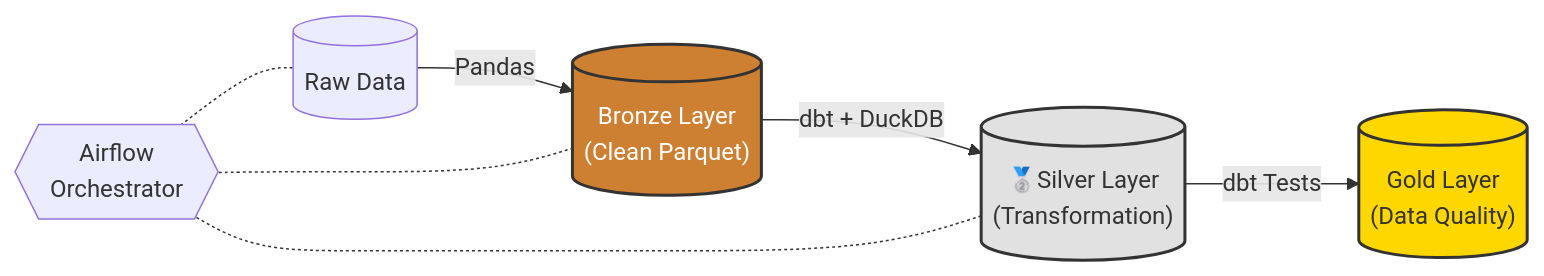
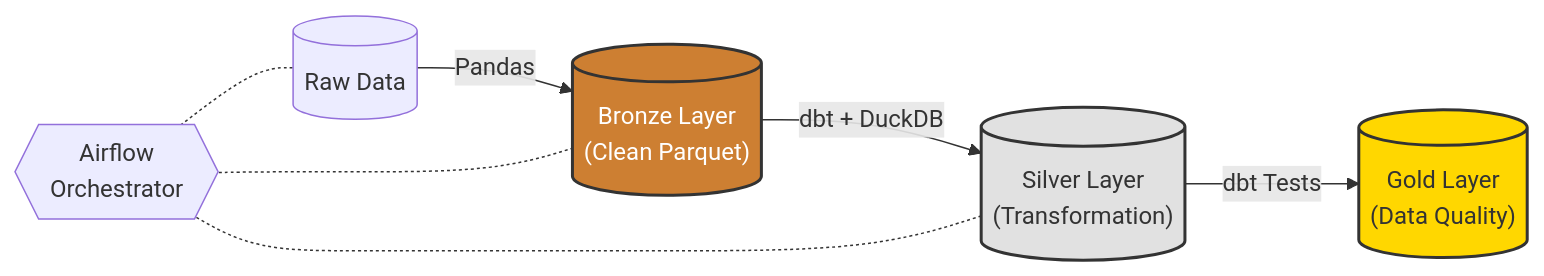
One commit to GonzaloParedes/examen_ing_de_sw_n_data_final changed the diagram in Entrega.md. Above: the diagram before and after it, drawn with Mermaid. The commit also changed other lines of this file, not shown here.

````diff
--- a/Entrega.md
+++ b/Entrega.md
@@ -36,21 +36,21 @@
 ```mermaid
 flowchart LR
     Raw[("Raw Data")]
     Bronze[("Bronze Layer\n(Clean Parquet)")]
-    Silver[("🥈Silver Layer\n(Transformation)")]
+    Silver[("Silver Layer\n(Transformation)")]
     Gold[("Gold Layer\n(Data Quality)")]
     Airflow{{"Airflow\nOrchestrator"}}
 
     Raw -->|Pandas| Bronze
     Bronze -->|dbt + DuckDB| Silver
     Silver -->|dbt Tests| Gold
     
     Airflow -.- Raw
     Airflow -.- Bronze
     Airflow -.- Silver
 
     %% Estilos de colores
     style Bronze fill:#cd7f32,stroke:#333,stroke-width:2px,color:white
     style Silver fill:#e1e1e1,stroke:#333,stroke-width:2px
     style Gold fill:#ffd700,stroke:#333,stroke-width:2px
 ```
````
